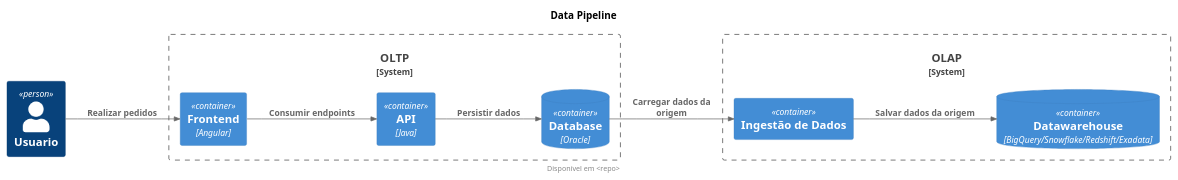
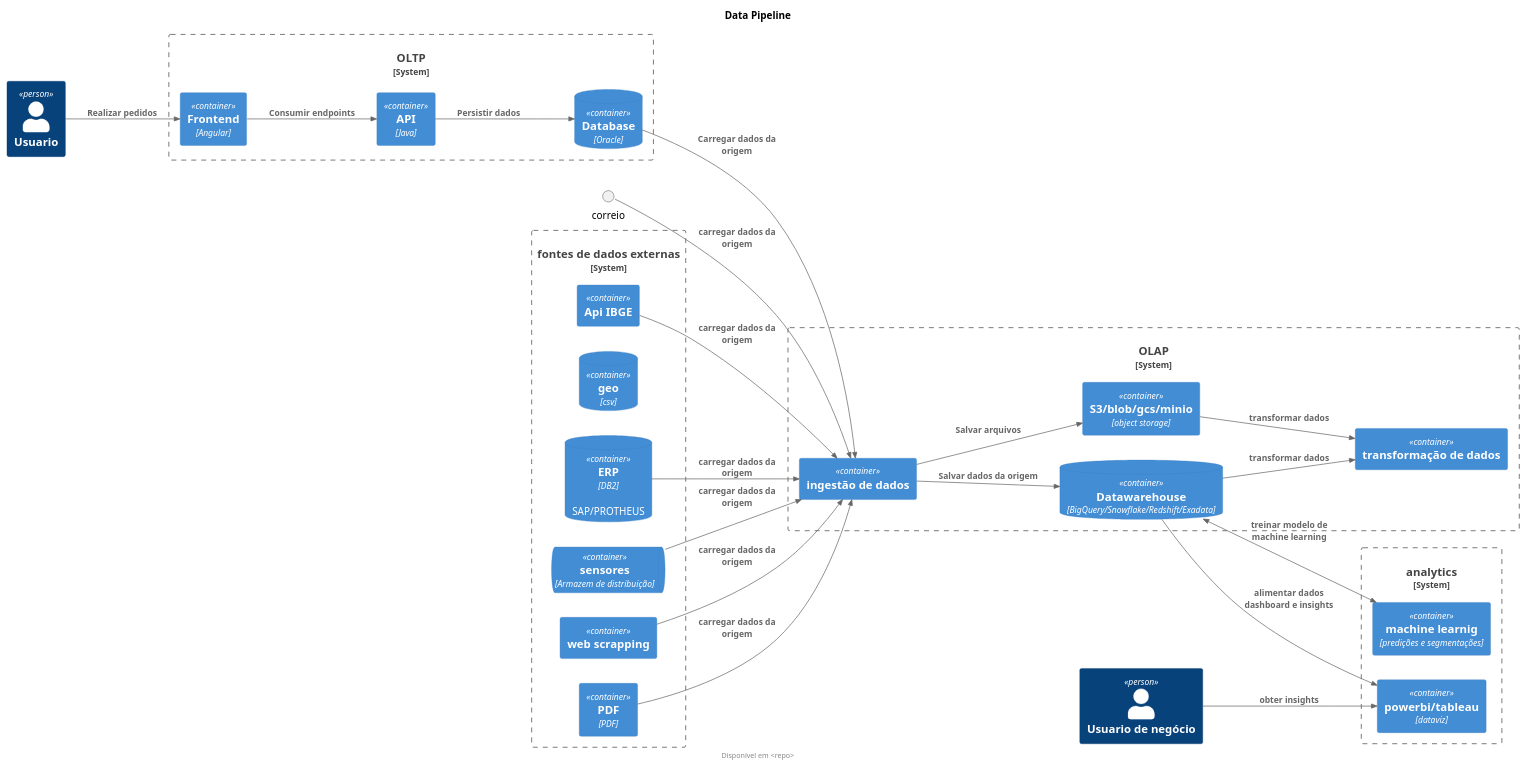
Before and after one commit to Renan10444591/DBRE: the diagram in Diagramas/data_pipeline.puml, drawn with PlantUML. The commit also changed 1 other file, not shown here.

```diff
--- a/Diagramas/data_pipeline.puml
+++ b/Diagramas/data_pipeline.puml
@@ -1,29 +1,69 @@
-@startuml
+@startuml diagram
 title Data Pipeline
 footer Disponível em <repo>
 
 !includeurl https://raw.githubusercontent.com/plantuml-stdlib/C4-PlantUML/master/C4_Context.puml
 !includeurl https://raw.githubusercontent.com/plantuml-stdlib/C4-PlantUML/master/C4_Container.puml
 LAYOUT_LANDSCAPE()
 
 
+
 Person(user, "Usuario")
+Person(user_business, "Usuario de negócio")
+
 System_Boundary(oltp, "OLTP"){
   Container(frontend,"Frontend","Angular")
   Container(api, "API","Java")
   ContainerDb(db, "Database", "Oracle")
 }
 
+System_Boundary(data_source,"fontes de dados externas"){
+ Container(ibge,"Api IBGE")
+ ContainerDb(correrio, "geo","csv")
+ ContainerDb(erp,"ERP","DB2","SAP/PROTHEUS")
+ ContainerQueue(iot, "sensores","Armazem de distribuição")
+ Container(scrapping,"web scrapping")
+ Container(pdf,"PDF","PDF")  
+}
+
 System_Boundary(olap, "OLAP"){
-  Container(job, "Ingestão de Dados")
+  Container(extraction,"ingestão de dados")
+  Container(object_storage, "S3/blob/gcs/minio","object storage")
   ContainerDb(dw, "Datawarehouse", "BigQuery/Snowflake/Redshift/Exadata")
-  Rel(job, dw, "Salvar dados da origem")
+  Container(transformation,"transformação de dados")
+
+  Rel(extraction, dw, "Salvar dados da origem")
+  Rel(extraction, object_storage, "Salvar arquivos")
+  Rel(dw, transformation, "transformar dados")
+  Rel(object_storage, transformation, "transformar dados")
+
+}
+
+
+System_Boundary(analytics, "analytics") {
+Container(dataviz,"powerbi/tableau", "dataviz")
+Container(ml,"machine learnig", "predições e segmentações")
 }
 
 
 Rel(user, frontend, "Realizar pedidos")
+Rel(user_business, dataviz, "obter insights")
+
+
+
 Rel(frontend, api, "Consumir endpoints")
 Rel(api, db, "Persistir dados")
-Rel(db,job, "Carregar dados da origem")
+
+Rel(db,extraction, "Carregar dados da origem")
+Rel(ibge, extraction, "carregar dados da origem")
+Rel(correio, extraction, "carregar dados da origem")
+Rel(erp, extraction, "carregar dados da origem")
+Rel(iot, extraction, "carregar dados da origem")
+Rel(scrapping, extraction, "carregar dados da origem")
+Rel(pdf, extraction, "carregar dados da origem")
+Rel(dw, dataviz, "alimentar dados dashboard e insights")
+
+BiRel(dw,ml,"treinar modelo de machine learning")
+
 
 @enduml
```
